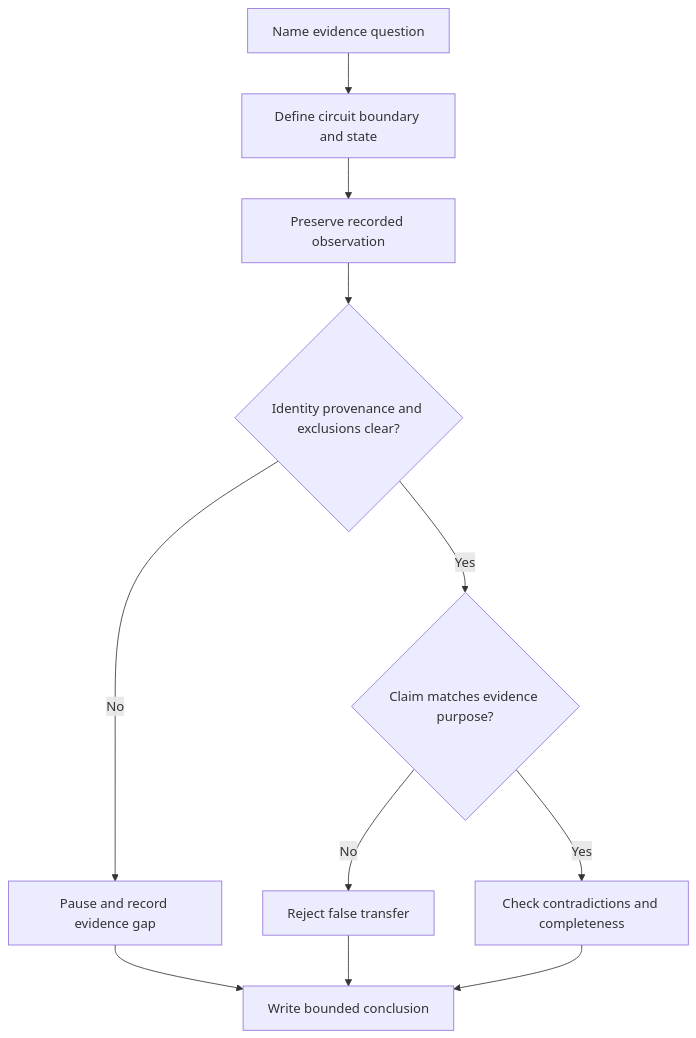
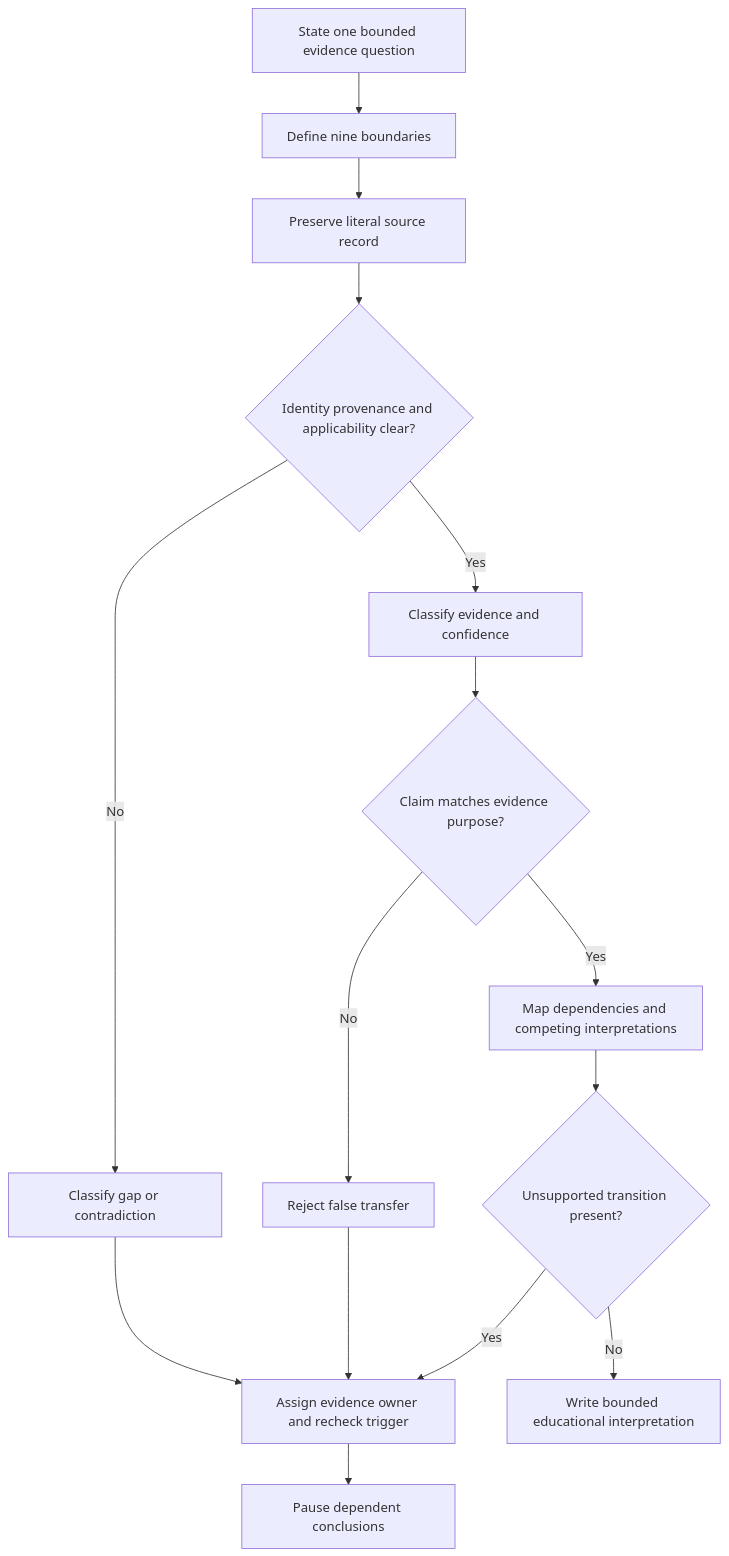
One commit to andrew3stedall/capstone changed the first of 2 diagrams in docs/learning-plans/12-week/modules/day-65-insulation-polarity-and-connection-integrity-concepts.md. Above: the diagram before and after it, drawn with Mermaid. The commit also changed other lines of this file and 3 other files, not shown here.

````diff
--- a/docs/learning-plans/12-week/modules/day-65-insulation-polarity-and-connection-integrity-concepts.md
+++ b/docs/learning-plans/12-week/modules/day-65-insulation-polarity-and-connection-integrity-concepts.md
@@ -73,13 +121,17 @@
 ```mermaid
 flowchart TD
-  A[Name evidence question] --> B[Define circuit boundary and state]
-  B --> C[Preserve recorded observation]
-  C --> D{Identity provenance and exclusions clear?}
-  D -->|No| E[Pause and record evidence gap]
-  D -->|Yes| F{Claim matches evidence purpose?}
-  F -->|No| G[Reject false transfer]
-  F -->|Yes| H[Check contradictions and completeness]
-  E --> I[Write bounded conclusion]
-  G --> I
-  H --> I
+    A[State one bounded evidence question] --> B[Define nine boundaries]
+    B --> C[Preserve literal source record]
+    C --> D{Identity provenance and applicability clear?}
+    D -->|No| E[Classify gap or contradiction]
+    D -->|Yes| F[Classify evidence and confidence]
+    F --> G{Claim matches evidence purpose?}
+    G -->|No| H[Reject false transfer]
+    G -->|Yes| I[Map dependencies and competing interpretations]
+    E --> J[Assign evidence owner and recheck trigger]
+    H --> J
+    I --> K{Unsupported transition present?}
+    K -->|Yes| J
+    K -->|No| L[Write bounded educational interpretation]
+    J --> M[Pause dependent conclusions]
 ```
````
